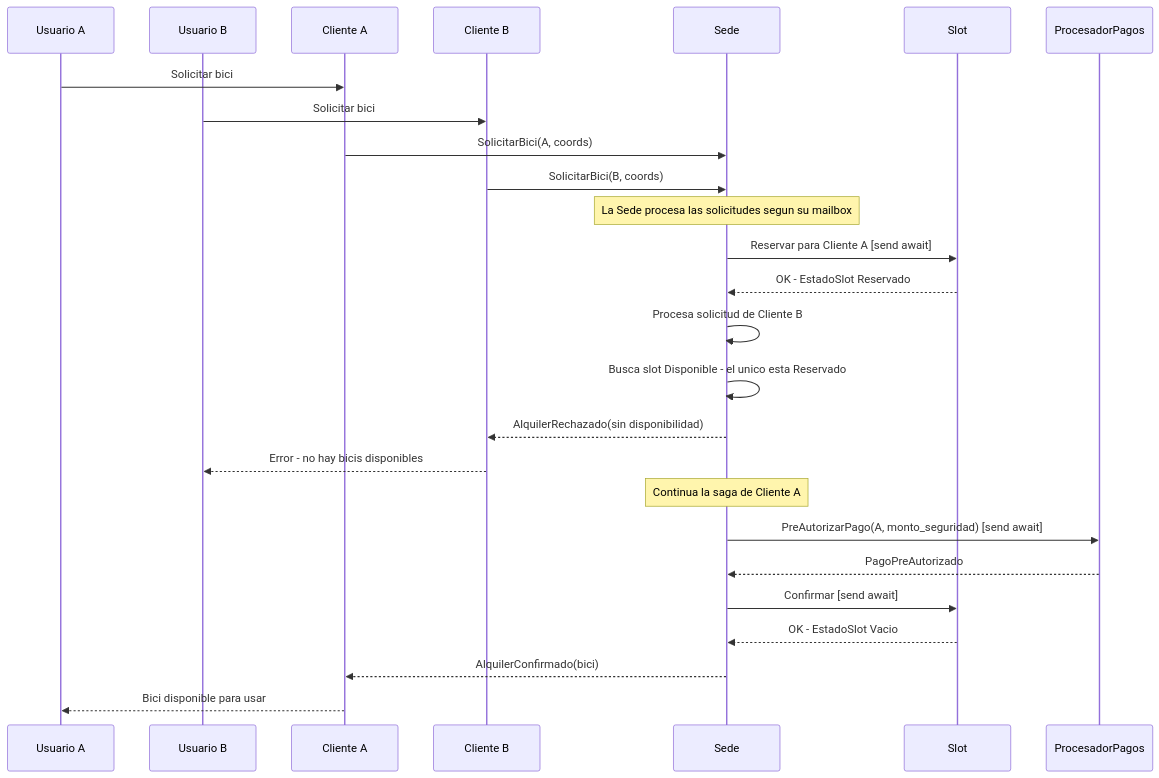
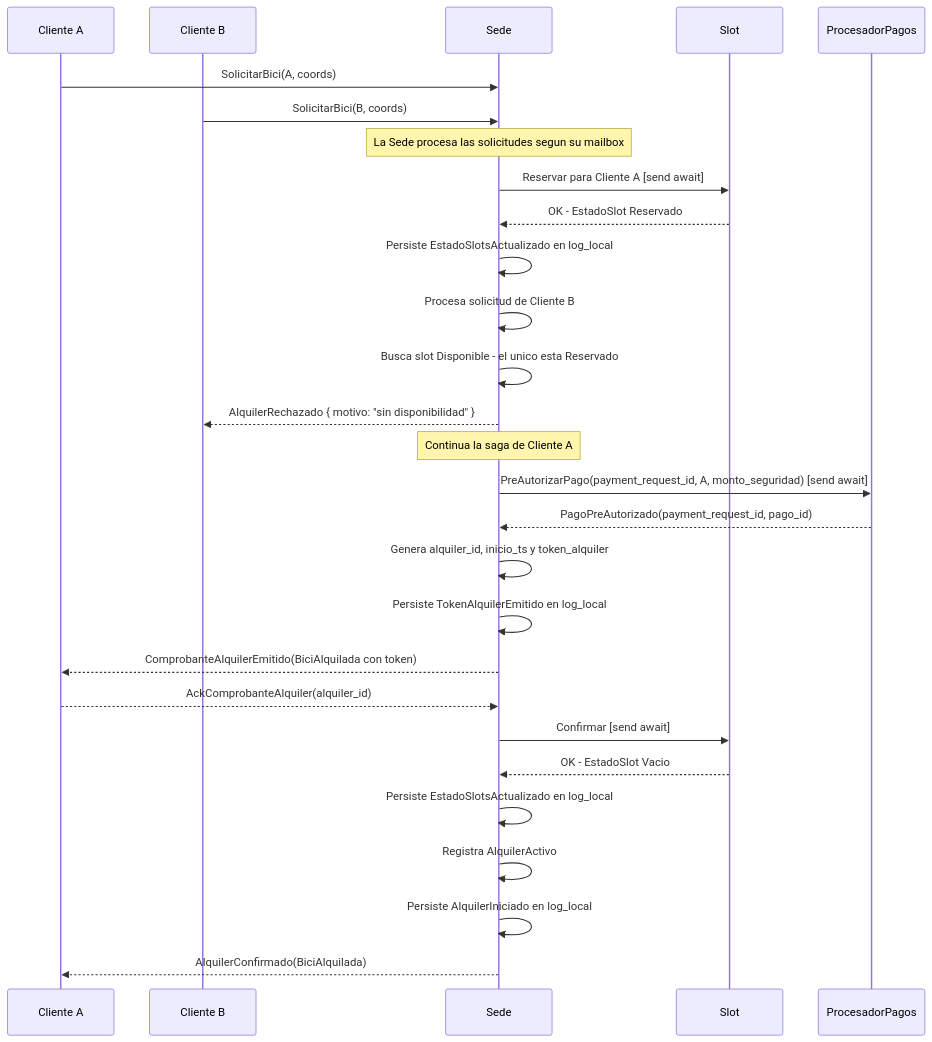
One commit to Jmenechian/distributed-bike-sharing changed the seventh of 15 diagrams in README.md. Above: the diagram before and after it, drawn with Mermaid. The commit also changed other lines of this file, not shown here.

Commit message:
subo cambios de la arquitectura con correcciones

````diff
--- a/README.md
+++ b/README.md
@@ -678,29 +1215,36 @@
 ```mermaid
 sequenceDiagram
-    participant UsuarioA as Usuario A
-    participant UsuarioB as Usuario B
     participant ClienteA as Cliente A
     participant ClienteB as Cliente B
     participant Sede
     participant Slot
     participant ProcesadorPagos
 
-    UsuarioA->>ClienteA: Solicitar bici
-    UsuarioB->>ClienteB: Solicitar bici
     ClienteA->>Sede: SolicitarBici(A, coords)
     ClienteB->>Sede: SolicitarBici(B, coords)
+
     Note over Sede: La Sede procesa las solicitudes segun su mailbox
     Sede->>Slot: Reservar para Cliente A [send await]
     Slot-->>Sede: OK - EstadoSlot Reservado
+    Sede->>Sede: Persiste EstadoSlotsActualizado en log_local
+
     Sede->>Sede: Procesa solicitud de Cliente B
     Sede->>Sede: Busca slot Disponible - el unico esta Reservado
-    Sede-->>ClienteB: AlquilerRechazado(sin disponibilidad)
-    ClienteB-->>UsuarioB: Error - no hay bicis disponibles
+    Sede-->>ClienteB: AlquilerRechazado { motivo: "sin disponibilidad" }
+
     Note over Sede: Continua la saga de Cliente A
-    Sede->>ProcesadorPagos: PreAutorizarPago(A, monto_seguridad) [send await]
-    ProcesadorPagos-->>Sede: PagoPreAutorizado
+    Sede->>ProcesadorPagos: PreAutorizarPago(payment_request_id, A, monto_seguridad) [send await]
+    ProcesadorPagos-->>Sede: PagoPreAutorizado(payment_request_id, pago_id)
+
+    Sede->>Sede: Genera alquiler_id, inicio_ts y token_alquiler
+    Sede->>Sede: Persiste TokenAlquilerEmitido en log_local
+    Sede-->>ClienteA: ComprobanteAlquilerEmitido(BiciAlquilada con token)
+    ClienteA-->>Sede: AckComprobanteAlquiler(alquiler_id)
+
     Sede->>Slot: Confirmar [send await]
     Slot-->>Sede: OK - EstadoSlot Vacio
-    Sede-->>ClienteA: AlquilerConfirmado(bici)
-    ClienteA-->>UsuarioA: Bici disponible para usar
+    Sede->>Sede: Persiste EstadoSlotsActualizado en log_local
+    Sede->>Sede: Registra AlquilerActivo
+    Sede->>Sede: Persiste AlquilerIniciado en log_local
+    Sede-->>ClienteA: AlquilerConfirmado(BiciAlquilada)
 ```
````
